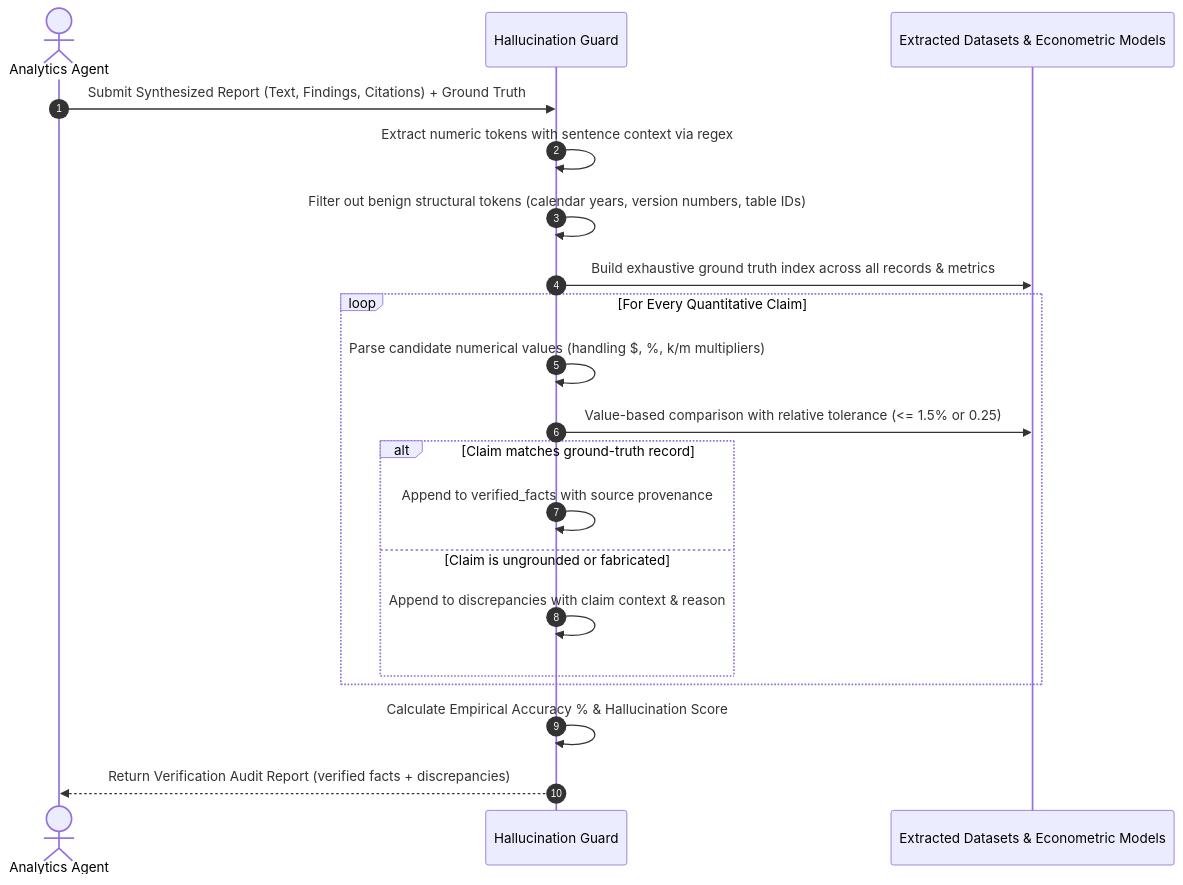
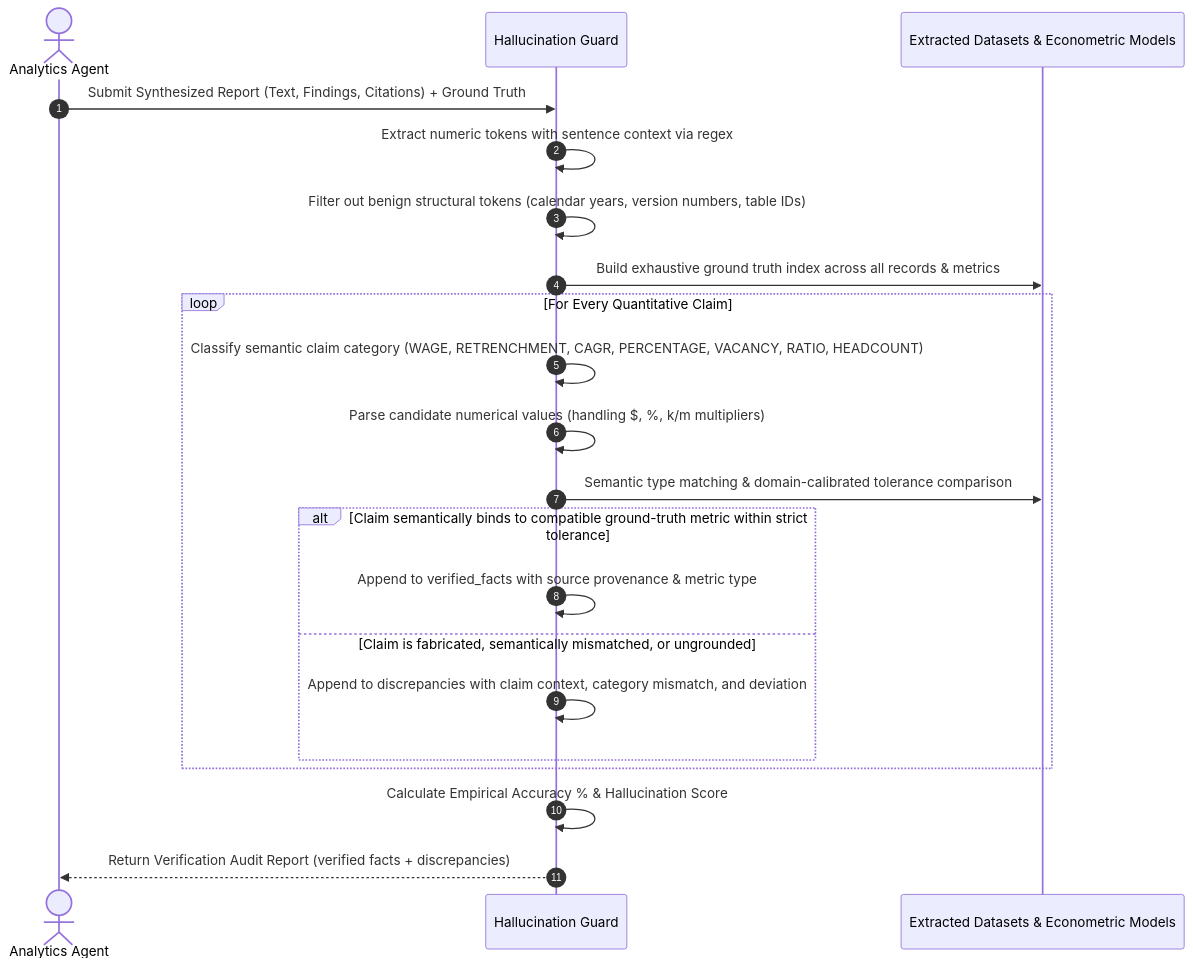
The second of 2 diagrams in TESTING.md (RohitKrSrivastava/Agentic-Policy-Analytics), drawn with Mermaid before and after one commit. The commit also changed other lines of this file and 17 other files, not shown here.

Commit message:
fix: resolve review feedback with agentic tool dispatch, empty-data handling, semantic hallucination guard, and scrubbed docs

````diff
--- a/TESTING.md
+++ b/TESTING.md
@@ -46,23 +46,24 @@
 ```mermaid
 sequenceDiagram
     autonumber
     actor Analyst as Analytics Agent
     participant Guard as Hallucination Guard
     participant DF as Extracted Datasets & Econometric Models
 
     Analyst->>Guard: Submit Synthesized Report (Text, Findings, Citations) + Ground Truth
     Guard->>Guard: Extract numeric tokens with sentence context via regex
     Guard->>Guard: Filter out benign structural tokens (calendar years, version numbers, table IDs)
     Guard->>DF: Build exhaustive ground truth index across all records & metrics
     loop For Every Quantitative Claim
+        Guard->>Guard: Classify semantic claim category (WAGE, RETRENCHMENT, CAGR, PERCENTAGE, VACANCY, RATIO, HEADCOUNT)
         Guard->>Guard: Parse candidate numerical values (handling $, %, k/m multipliers)
-        Guard->>DF: Value-based comparison with relative tolerance (<= 1.5% or 0.25)
-        alt Claim matches ground-truth record
-            Guard->>Guard: Append to verified_facts with source provenance
-        else Claim is ungrounded or fabricated
-            Guard->>Guard: Append to discrepancies with claim context & reason
+        Guard->>DF: Semantic type matching & domain-calibrated tolerance comparison
+        alt Claim semantically binds to compatible ground-truth metric within strict tolerance
+            Guard->>Guard: Append to verified_facts with source provenance & metric type
+        else Claim is fabricated, semantically mismatched, or ungrounded
+            Guard->>Guard: Append to discrepancies with claim context, category mismatch, and deviation
         end
     end
     Guard->>Guard: Calculate Empirical Accuracy % & Hallucination Score
     Guard-->>Analyst: Return Verification Audit Report (verified facts + discrepancies)
 ```
````
